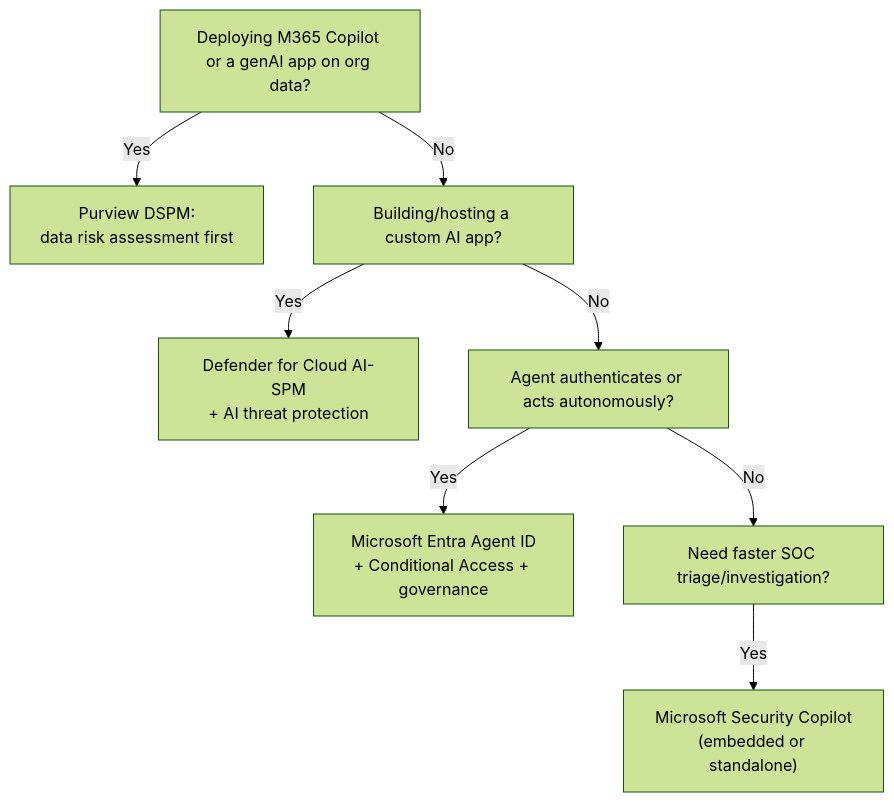
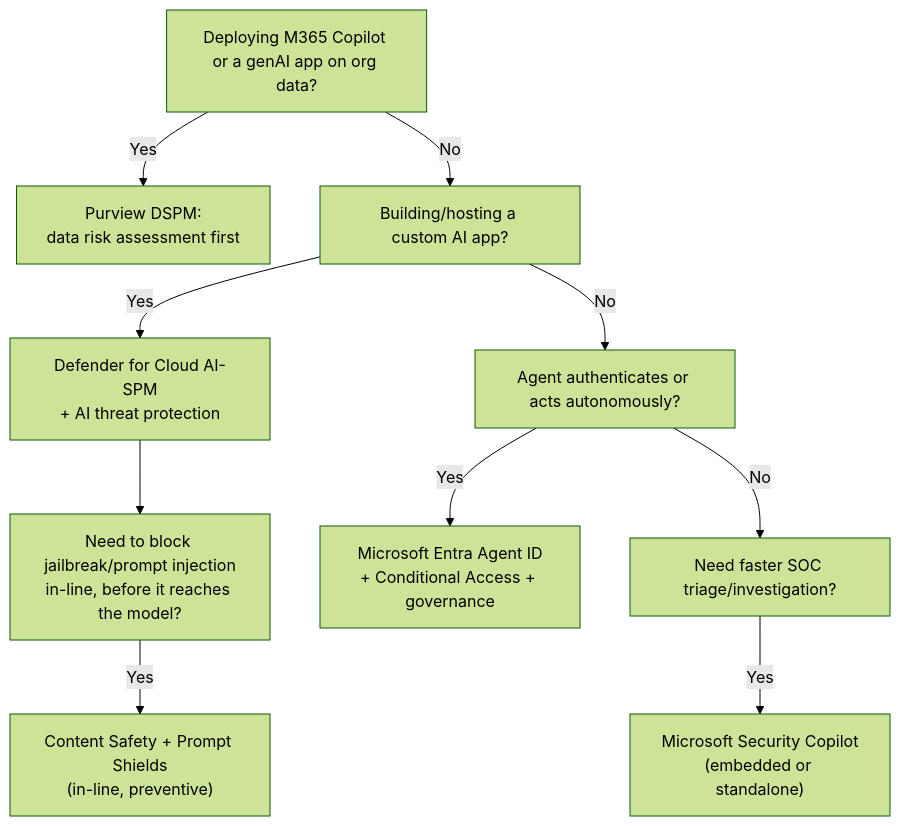
Before and after one commit to DhruvKai/SC-100: the second of 2 diagrams in 01 Security Strategy/AI and Copilot Security Architecture.md, drawn with Mermaid (forest theme). The commit also changed other lines of this file and 2 other files, not shown here.

````diff
--- a/01 Security Strategy/AI and Copilot Security Architecture.md
+++ b/01 Security Strategy/AI and Copilot Security Architecture.md
@@ -82,10 +95,12 @@
 ```mermaid
 flowchart TD
     Q1["Deploying M365 Copilot or a genAI app on org data?"] -->|Yes| A1["Purview DSPM:<br/>data risk assessment first"]
     Q1 -->|No| Q2["Building/hosting a custom AI app?"]
     Q2 -->|Yes| A2["Defender for Cloud AI-SPM<br/>+ AI threat protection"]
+    A2 --> Q2b["Need to block jailbreak/prompt injection<br/>in-line, before it reaches the model?"]
+    Q2b -->|Yes| A2b["Content Safety + Prompt Shields<br/>(in-line, preventive)"]
     Q2 -->|No| Q3["Agent authenticates or acts autonomously?"]
     Q3 -->|Yes| A3["Microsoft Entra Agent ID<br/>+ Conditional Access + governance"]
     Q3 -->|No| Q4["Need faster SOC triage/investigation?"]
     Q4 -->|Yes| A4["Microsoft Security Copilot<br/>(embedded or standalone)"]
 ```
````
